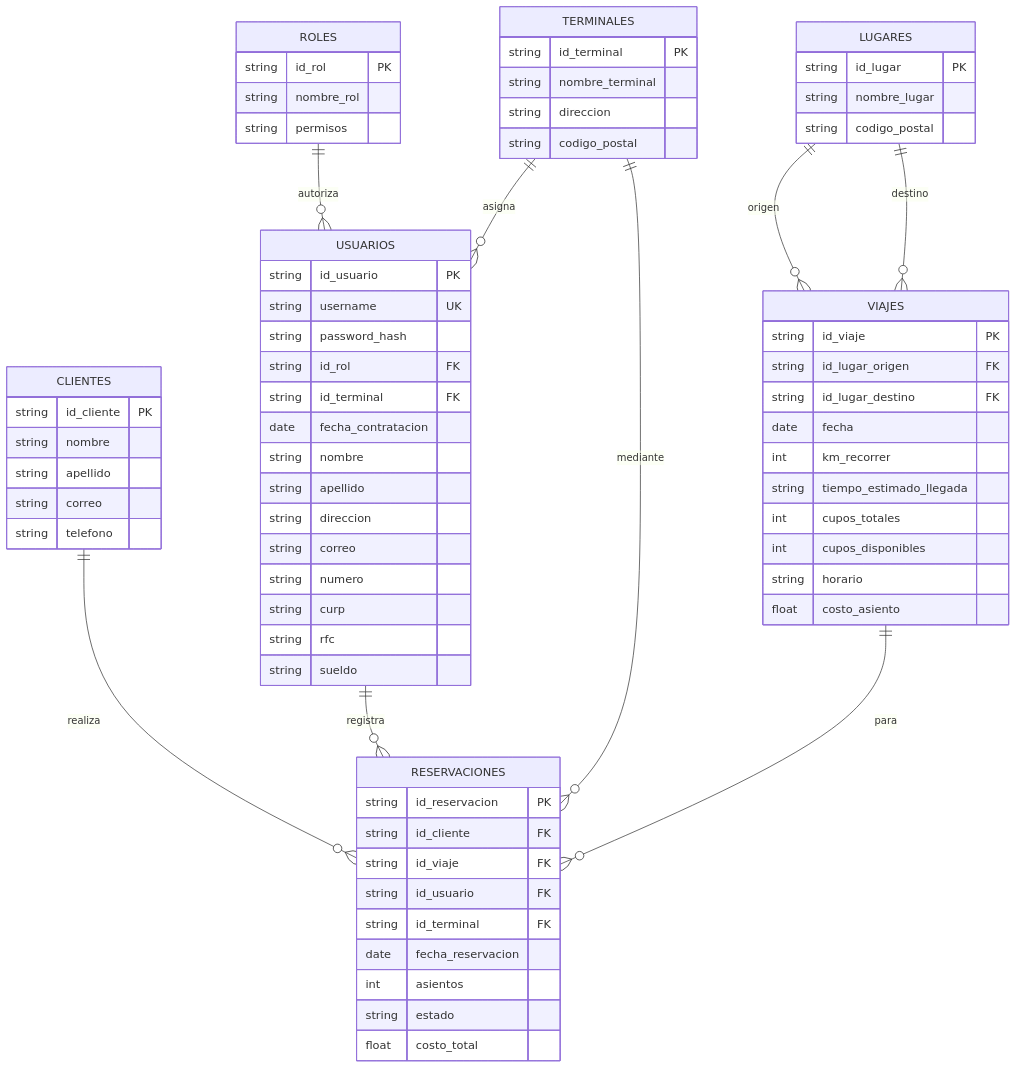
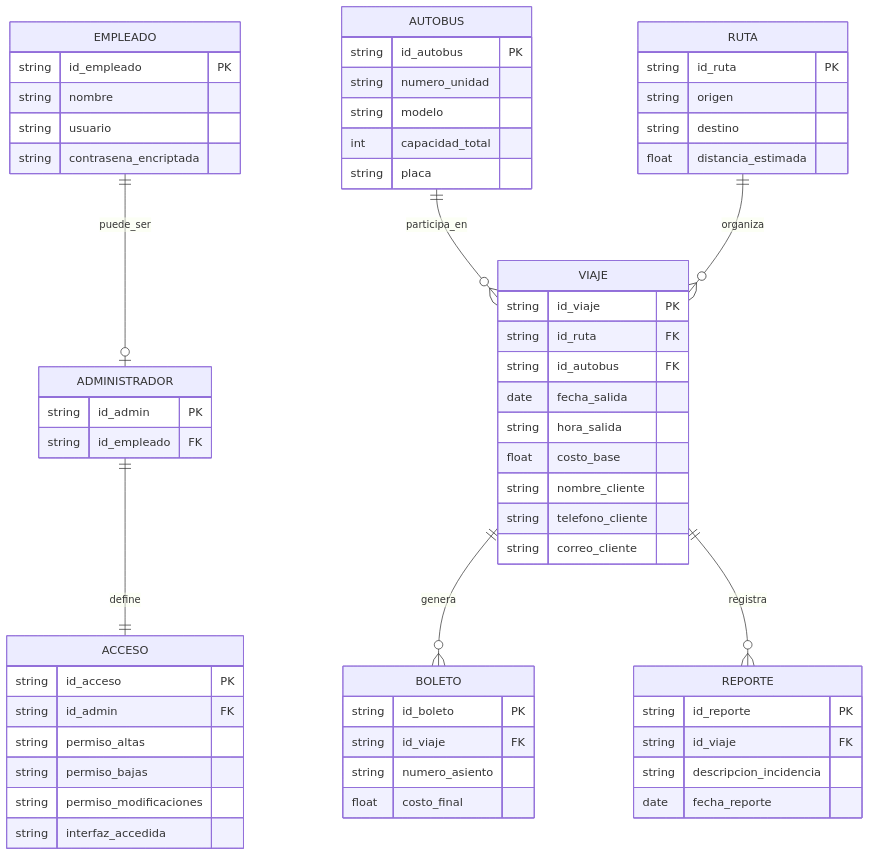
Before and after one commit to alannnn-estrada/bernardo-project-seccond-partial: the diagram in ER_DIAGRAM.mmd, drawn with Mermaid. The commit also changed 10 other files, not shown here.

```diff
--- a/ER_DIAGRAM.mmd
+++ b/ER_DIAGRAM.mmd
@@ -1,85 +1,76 @@
 ---
 config:
     ER:
         layoutDirection: LR
         fontSize: 12
     theme: default
 ---
 erDiagram
-    ROLES ||--o{ USUARIOS : autoriza
-    CLIENTES ||--o{ RESERVACIONES : realiza
-    USUARIOS ||--o{ RESERVACIONES : registra
-    TERMINALES ||--o{ USUARIOS : asigna
-    TERMINALES ||--o{ RESERVACIONES : mediante
-    VIAJES ||--o{ RESERVACIONES : para
-    LUGARES ||--o{ VIAJES : origen
-    LUGARES ||--o{ VIAJES : destino
+    EMPLEADO ||--o| ADMINISTRADOR : puede_ser
+    ADMINISTRADOR ||--|| ACCESO : define
+    AUTOBUS ||--o{ VIAJE : participa_en
+    RUTA ||--o{ VIAJE : organiza
+    VIAJE ||--o{ BOLETO : genera
+    VIAJE ||--o{ REPORTE : registra
 
-    CLIENTES {
-        string id_cliente PK
+    EMPLEADO {
+        string id_empleado PK
         string nombre
-        string apellido
-        string correo
-        string telefono
+        string usuario
+        string contrasena_encriptada
     }
 
-    ROLES {
-        string id_rol PK
-        string nombre_rol
-        string permisos
+    ADMINISTRADOR {
+        string id_admin PK
+        string id_empleado FK
     }
 
-    USUARIOS {
-        string id_usuario PK
-        string username UK
-        string password_hash
-        string id_rol FK
-        string id_terminal FK
-        date fecha_contratacion
-        string nombre
-        string apellido
-        string direccion
-        string correo
-        string numero
-        string curp
-        string rfc
-        string sueldo
+    ACCESO {
+        string id_acceso PK
+        string id_admin FK
+        string permiso_altas
+        string permiso_bajas
+        string permiso_modificaciones
+        string interfaz_accedida
     }
 
-    TERMINALES {
-        string id_terminal PK
-        string nombre_terminal
-        string direccion
-        string codigo_postal
+    AUTOBUS {
+        string id_autobus PK
+        string numero_unidad
+        string modelo
+        int capacidad_total
+        string placa
     }
 
-    LUGARES {
-        string id_lugar PK
-        string nombre_lugar
-        string codigo_postal
+    RUTA {
+        string id_ruta PK
+        string origen
+        string destino
+        float distancia_estimada
     }
 
-    VIAJES {
+    VIAJE {
         string id_viaje PK
-        string id_lugar_origen FK
-        string id_lugar_destino FK
-        date fecha
-        int km_recorrer
-        string tiempo_estimado_llegada
-        int cupos_totales
-        int cupos_disponibles
-        string horario
-        float costo_asiento
+        string id_ruta FK
+        string id_autobus FK
+        date fecha_salida
+        string hora_salida
+        float costo_base
+        string nombre_cliente
+        string telefono_cliente
+        string correo_cliente
     }
 
-    RESERVACIONES {
-        string id_reservacion PK
-        string id_cliente FK
+    BOLETO {
+        string id_boleto PK
         string id_viaje FK
-        string id_usuario FK
-        string id_terminal FK
-        date fecha_reservacion
-        int asientos
-        string estado
-        float costo_total
+        string numero_asiento
+        float costo_final
     }
+
+    REPORTE {
+        string id_reporte PK
+        string id_viaje FK
+        string descripcion_incidencia
+        date fecha_reporte
+    }
```
